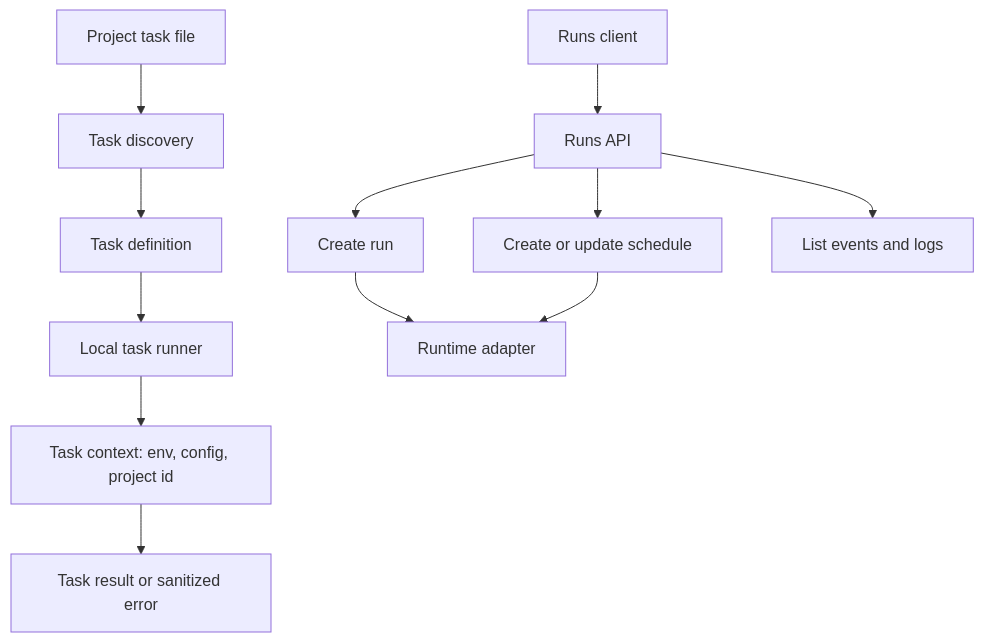
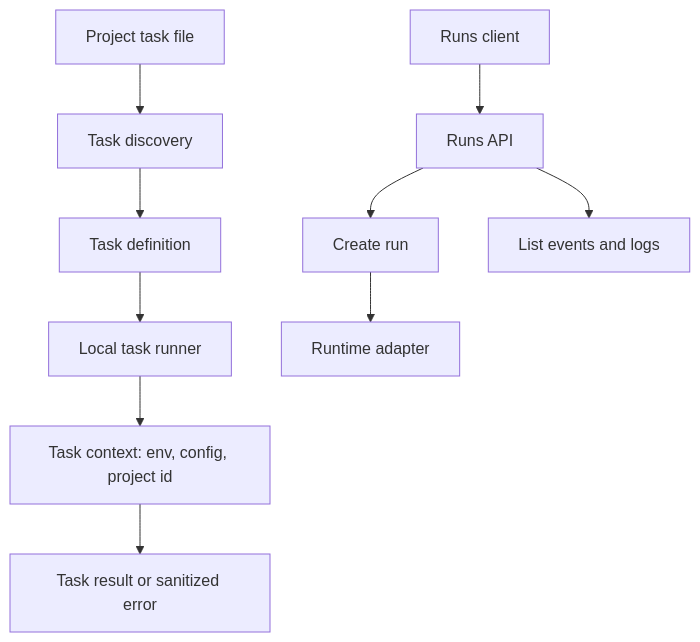
One commit to veryfront/veryfront-code changed the diagram in docs/architecture/09-runs-and-tasks.md. Above: the diagram before and after it, drawn with Mermaid. The commit also changed other lines of this file and 26 other files, not shown here.

````diff
--- a/docs/architecture/09-runs-and-tasks.md
+++ b/docs/architecture/09-runs-and-tasks.md
@@ -26,15 +26,13 @@
 ```mermaid
 flowchart TD
   taskFile[Project task file] --> discovery[Task discovery]
   discovery --> taskDef[Task definition]
   taskDef --> localRun[Local task runner]
   localRun --> taskContext[Task context: env, config, project id]
   taskContext --> result[Task result or sanitized error]
 
   client[Runs client] --> api[Runs API]
   api --> create[Create run]
-  api --> schedule[Create or update schedule]
   api --> events[List events and logs]
   create --> backing[Runtime adapter]
-  schedule --> backing
 ```
````
